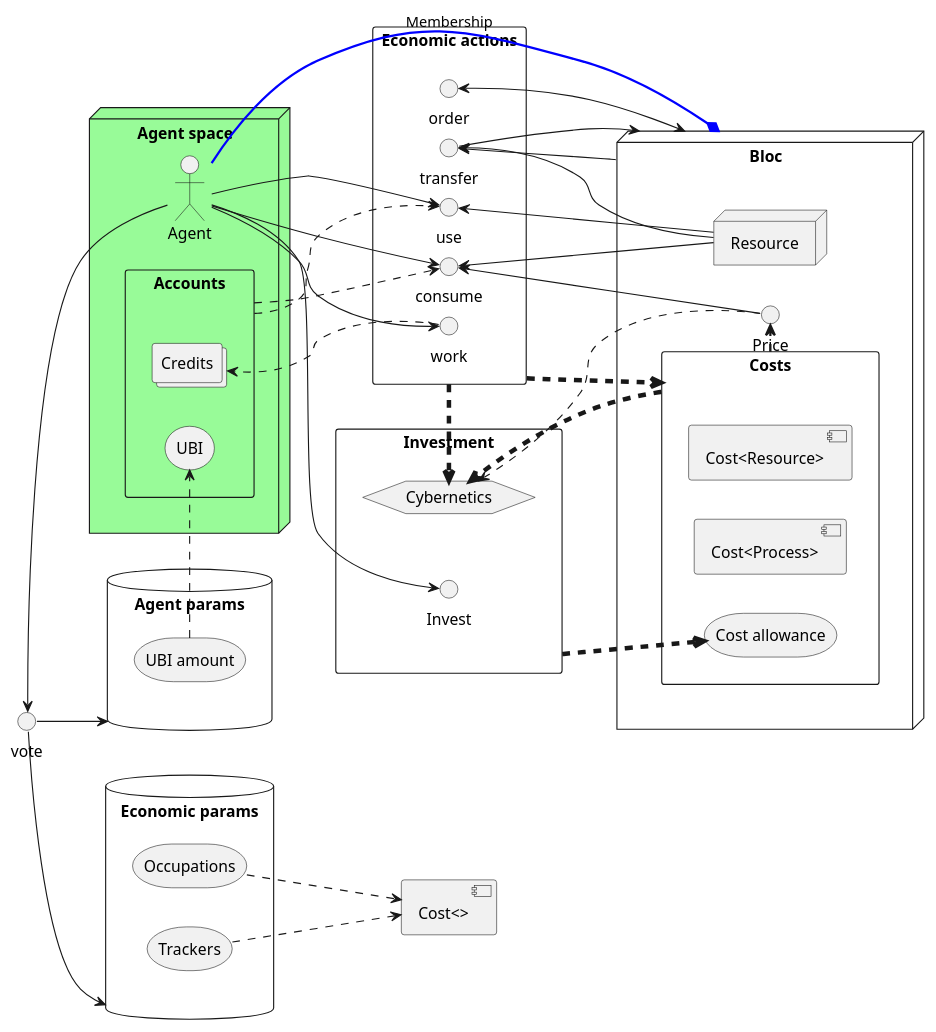
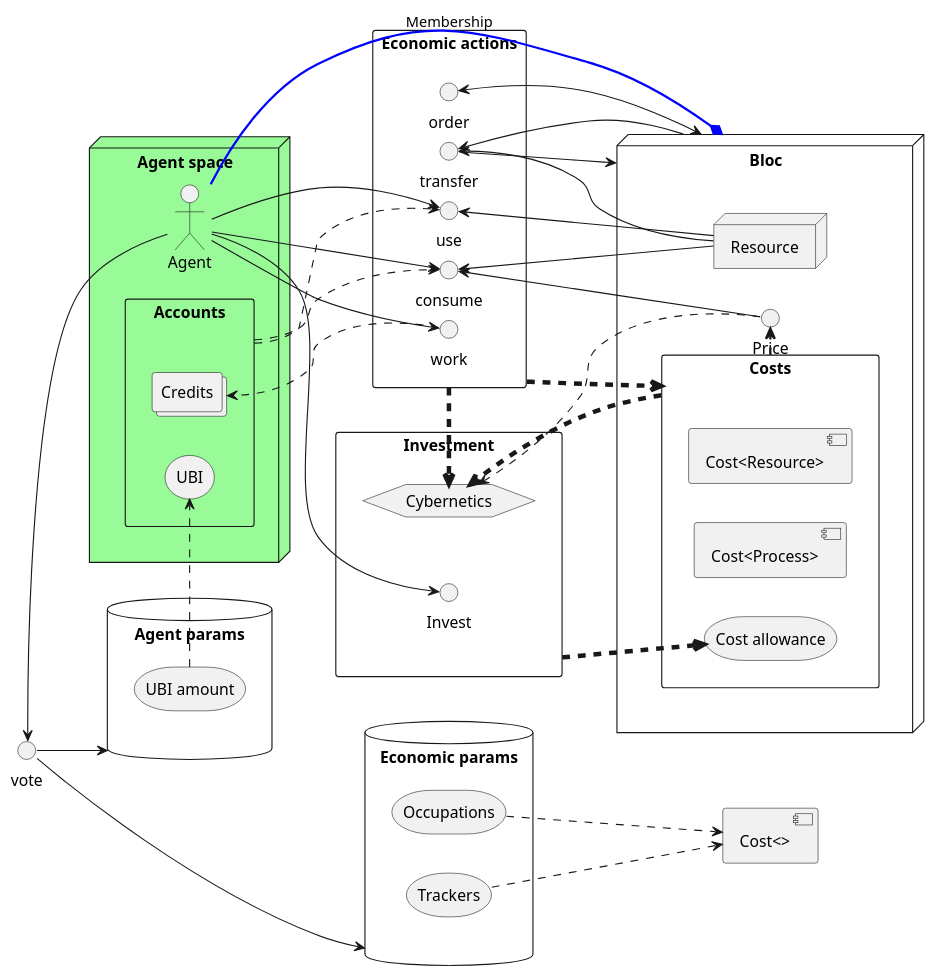
One commit to basisproject/paper changed the diagram in protocol.plantuml. Above: the diagram before and after it, drawn with PlantUML.

Commit message:
lol making it rainn. now all the economy stuff is visually grouped. great job.

```diff
--- a/protocol.plantuml
+++ b/protocol.plantuml
@@ -1,78 +1,78 @@
 @startuml
 
 left to right direction
 node Agent as "Agent space" #palegreen {
 	actor Agent.agent as "Agent"
 
 	rectangle Accounts {
 		collections Account.credits as "Credits"
 		storage Agent.UBI as "UBI"
 	}
 }
 
 interface Vote as "vote"
 
 database AgentParams as "Agent params" {
 	storage AgentParams.UBI as "UBI amount"
 }
 
 database EconParams as "Economic params" {
 	storage EconParams.Occ as "Occupations"
 	storage EconParams.Trk as "Trackers"
 }
 
 component Cost as "Cost<>" {
 }
 
 node Bloc {
 	rectangle Bloc.cost as "Costs" {
 		component Resource.cost as "Cost<Resource>"
 		component Process.cost as "Cost<Process>"
 		storage Bloc.Allowance as "Cost allowance"
 	}
 	node Resource
 	interface Price
 }
 
 rectangle Investment {
 	hexagon Cyber as "Cybernetics"
 	interface Invest
 }
 
 rectangle EcActions as "Economic actions" {
 	interface Order as "order"
 	interface Work as "work"
 	interface Use as "use"
 	interface Consume as "consume"
 	interface Transfer as "transfer"
 }
 
 Agent.agent -l-> Vote
 Agent.agent -d-> Consume
 Agent.agent -d-> Use
 Agent.agent -d-> Work
 Agent.agent -[#blue,thickness=2]* Bloc : "Membership"
 Agent.agent -u-> Invest
 Accounts .> Use
 Accounts .> Consume
 Vote -d-> AgentParams
-Vote -d-> EconParams
+Vote -d--> EconParams
 Bloc <-> Order
 Bloc -> Transfer
 Bloc.cost .[thickness=2]> Price
 Bloc.cost .[thickness=4].> Cyber
 AgentParams.UBI .> Agent.UBI
 EconParams.Occ .d.> Cost
 EconParams.Trk .d.> Cost
 Price -> Consume
 Price .> Cyber
 Investment .[thickness=4].> Bloc.Allowance
 Work .> Account.credits
 Transfer -d-> Bloc
 Resource -u-> Consume
 Resource -u-> Use
 Resource -u-> Transfer
 EcActions .[thickness=4]> Cyber
 EcActions .[thickness=4].> Bloc.cost
 
 @enduml
```
